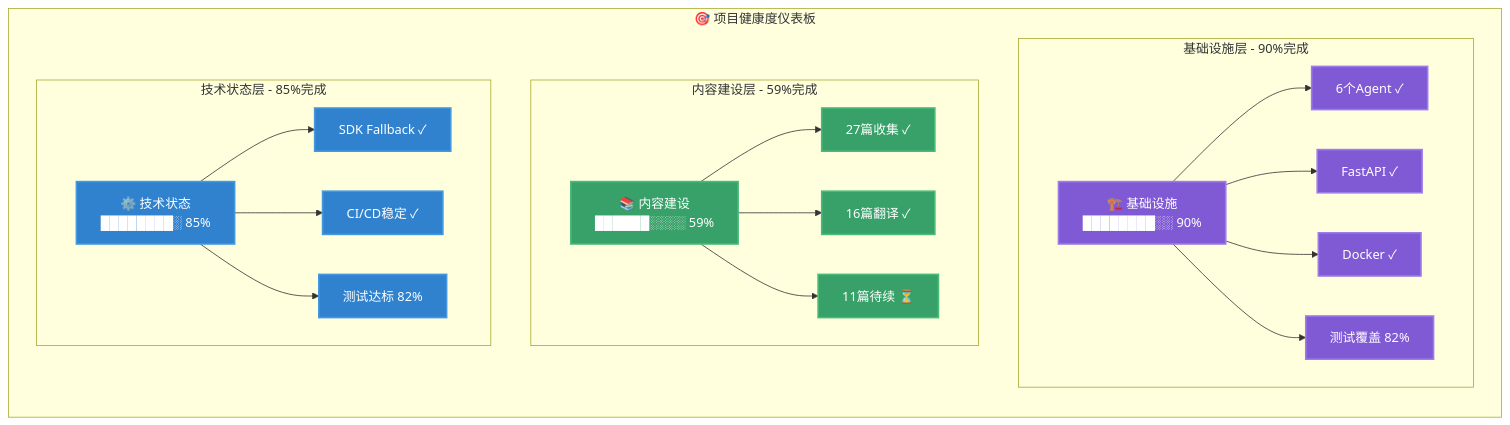
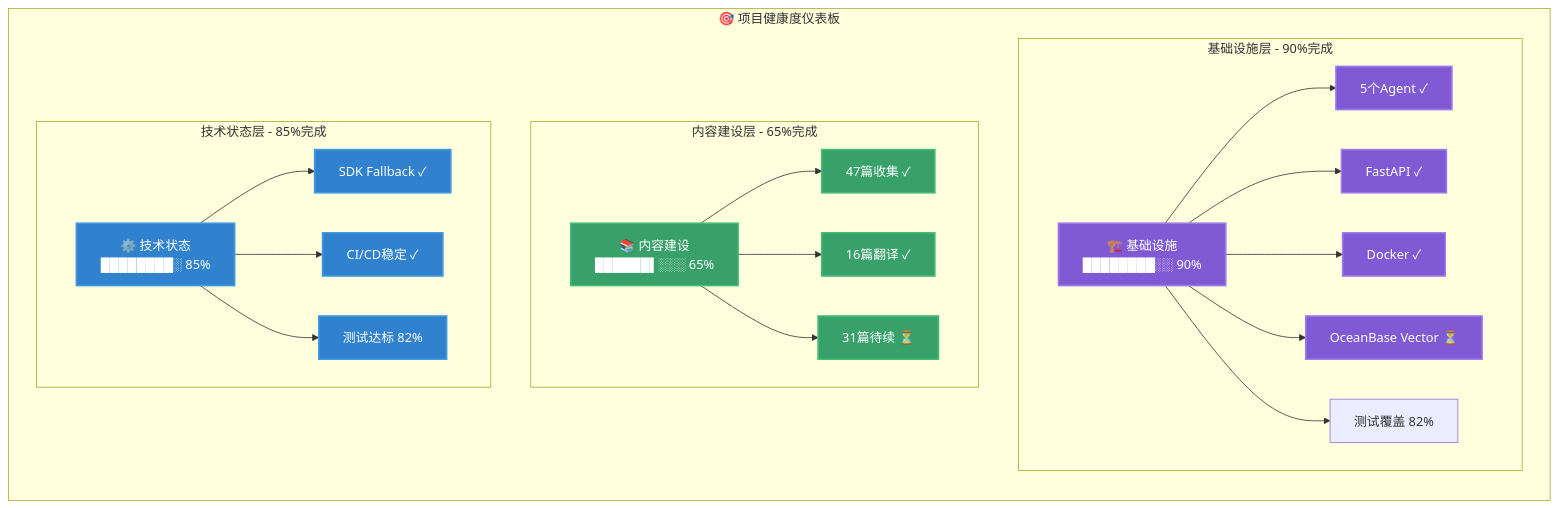
The first of 6 diagrams in docs/000-roadmap.md (ThreeFish-AI/agentic-ai-cognizes), drawn with Mermaid before and after one commit. The commit also changed other lines of this file and 1 other file, not shown here.

First line of the commit message:
docs(Documentation): 更新提示词和路线图文档;

````diff
--- a/docs/000-roadmap.md
+++ b/docs/000-roadmap.md
@@ -9,36 +9,37 @@
 ```mermaid
 graph TD
     subgraph "🎯 项目健康度仪表板"
         direction TB
 
         subgraph "基础设施层 - 90%完成"
             A1[🏗️ 基础设施<br/><span style='color:#4CAF50;'>████████░░ 90%</span>]
-            A1 --> A2["6个Agent ✓"]
+            A1 --> A2["5个Agent ✓"]
             A1 --> A3["FastAPI ✓"]
             A1 --> A4["Docker ✓"]
-            A1 --> A5["测试覆盖 82%"]
+            A1 --> A5["OceanBase Vector ⏳"]
+            A1 --> A6["测试覆盖 82%"]
         end
 
-        subgraph "内容建设层 - 59%完成"
-            B1[📚 内容建设<br/><span style='color:#ed8936;'>██████░░░░ 59%</span>]
-            B1 --> B2["27篇收集 ✓"]
+        subgraph "内容建设层 - 65%完成"
+            B1[📚 内容建设<br/><span style='color:#ed8936;'>██████▌░░░ 65%</span>]
+            B1 --> B2["47篇收集 ✓"]
             B1 --> B3["16篇翻译 ✓"]
-            B1 --> B4["11篇待续 ⏳"]
+            B1 --> B4["31篇待续 ⏳"]
         end
 
         subgraph "技术状态层 - 85%完成"
             C1[⚙️ 技术状态<br/><span style='color:#4299e1;'>████████░ 85%</span>]
             C1 --> C2["SDK Fallback ✓"]
             C1 --> C3["CI/CD稳定 ✓"]
             C1 --> C4["测试达标 82%"]
         end
     end
 
     classDef infrastructure fill:#805ad5,color:#fff,stroke:#9f7aea,stroke-width:2px
     classDef content fill:#38a169,color:#fff,stroke:#48bb78,stroke-width:2px
     classDef technical fill:#3182ce,color:#fff,stroke:#4299e1,stroke-width:2px
 
     class A1,A2,A3,A4,A5 infrastructure
     class B1,B2,B3,B4 content
     class C1,C2,C3,C4 technical
 ```
````
